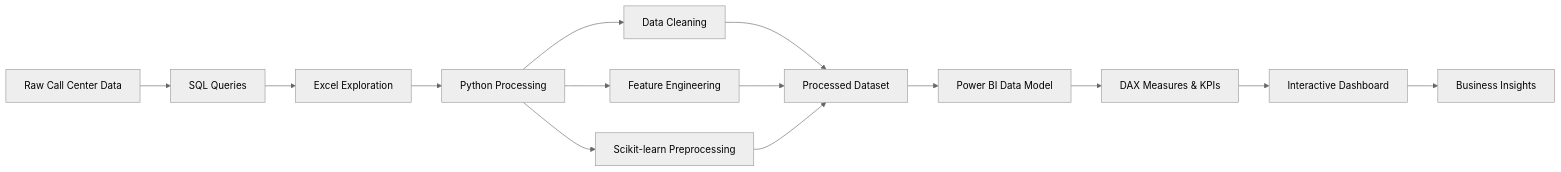
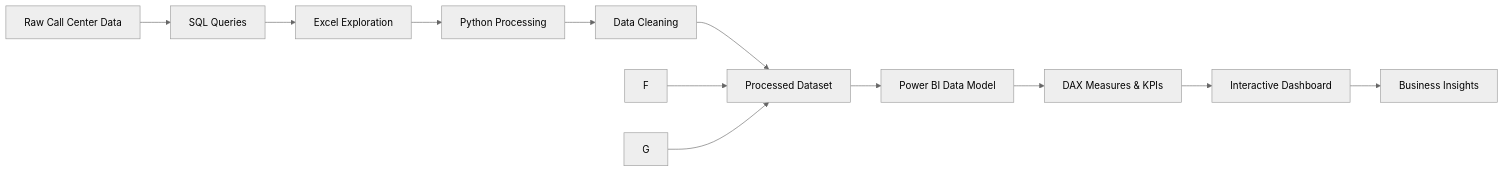
Before and after one commit to Nouranelfateh/Depi-Grad-Project: the first of 2 diagrams in README.md, drawn with Mermaid (neutral theme). The commit also changed other lines of this file, not shown here.

````diff
--- a/README.md
+++ b/README.md
@@ -63,16 +63,14 @@
 ```mermaid
 flowchart LR
     A[Raw Call Center Data] --> B[SQL Queries]
     B --> C[Excel Exploration]
     C --> D[Python Processing]
     D --> E[Data Cleaning]
-    D --> F[Feature Engineering]
-    D --> G[Scikit-learn Preprocessing]
     E --> H[Processed Dataset]
     F --> H
     G --> H
     H --> I[Power BI Data Model]
     I --> J[DAX Measures & KPIs]
     J --> K[Interactive Dashboard]
     K --> L[Business Insights]
 ```
````
